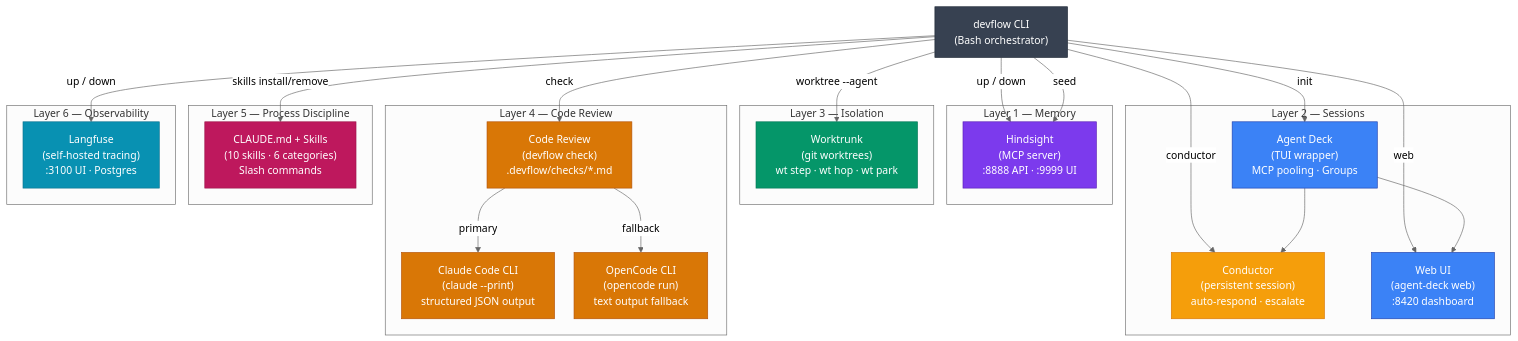
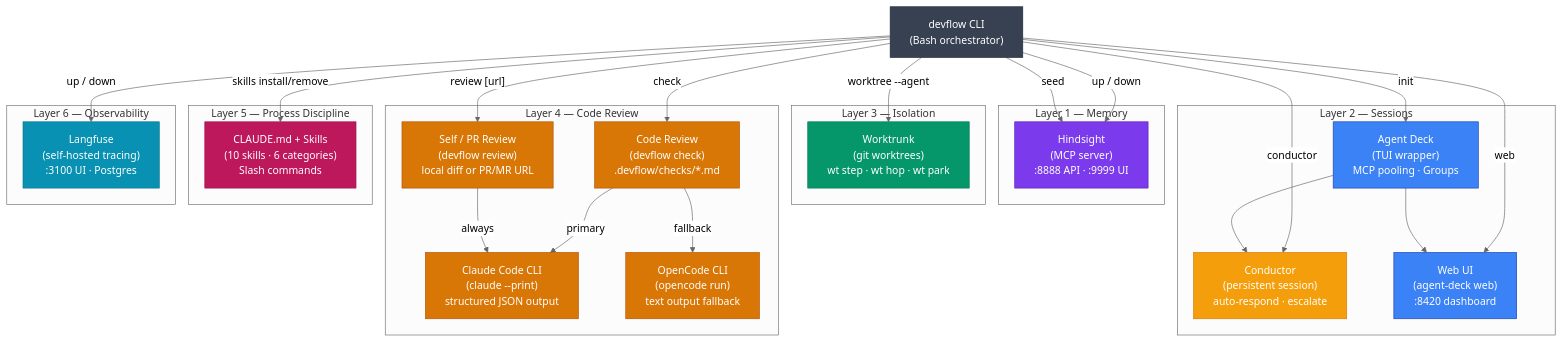
Before and after one commit to AndreJorgeLopes/devflow: the first of 3 diagrams in visualizations/architecture/devflow-ecosystem.md, drawn with Mermaid (neutral theme). The commit also changed other lines of this file and 2 other files, not shown here.

Commit message:
docs: update visualizations for review dual-mode and fix examples
- Add devflow review node to L4 in devflow-ecosystem diagram
- Add new section 3 (dual-mode flow) to code-review-architecture
- Update integration points diagram to include devflow review
- Fix usage examples to show both local and URL review modes

````diff
--- a/visualizations/architecture/devflow-ecosystem.md
+++ b/visualizations/architecture/devflow-ecosystem.md
@@ -27,66 +27,69 @@
 ```mermaid
 %%{init: {'flowchart': {'rankSpacing': 50, 'nodeSpacing': 30, 'diagramPadding': 15}}}%%
 graph TD
     CLI["devflow CLI<br/>(Bash orchestrator)"]
 
     subgraph L1 [" Layer 1 — Memory "]
         HS["Hindsight<br/>(MCP server)<br/>:8888 API · :9999 UI"]
     end
 
     subgraph L2 [" Layer 2 — Sessions "]
         AD["Agent Deck<br/>(TUI wrapper)<br/>MCP pooling · Groups"]
         COND["Conductor<br/>(persistent session)<br/>auto-respond · escalate"]
         WEB["Web UI<br/>(agent-deck web)<br/>:8420 dashboard"]
     end
 
     subgraph L3 [" Layer 3 — Isolation "]
         WT["Worktrunk<br/>(git worktrees)<br/>wt step · wt hop · wt park"]
     end
 
     subgraph L4 [" Layer 4 — Code Review "]
         CR["Code Review<br/>(devflow check)<br/>.devflow/checks/*.md"]
+        RV["Self / PR Review<br/>(devflow review)<br/>local diff or PR/MR URL"]
         CR_CLAUDE["Claude Code CLI<br/>(claude --print)<br/>structured JSON output"]
         CR_OPENCODE["OpenCode CLI<br/>(opencode run)<br/>text output fallback"]
         CR -->|"primary"| CR_CLAUDE
         CR -->|"fallback"| CR_OPENCODE
+        RV -->|"always"| CR_CLAUDE
     end
 
     subgraph L5 [" Layer 5 — Process Discipline "]
         SK["CLAUDE.md + Skills<br/>(10 skills · 6 categories)<br/>Slash commands"]
     end
 
     subgraph L6 [" Layer 6 — Observability "]
         LF["Langfuse<br/>(self-hosted tracing)<br/>:3100 UI · Postgres"]
     end
 
     CLI -->|"up / down"| HS
     CLI -->|"up / down"| LF
     CLI -->|"worktree --agent"| WT
     CLI -->|"check"| CR
+    CLI -->|"review [url]"| RV
     CLI -->|"skills install/remove"| SK
     CLI -->|"seed"| HS
     CLI -->|"init"| AD
     CLI -->|"conductor"| COND
     CLI -->|"web"| WEB
     AD --> COND
     AD --> WEB
 
     classDef hindsightStyle fill:#7c3aed,color:#fff,stroke:#5b21b6
     classDef agentDeckStyle fill:#3b82f6,color:#fff,stroke:#1e40af
     classDef worktrunkStyle fill:#059669,color:#fff,stroke:#047857
     classDef reviewStyle fill:#d97706,color:#fff,stroke:#b45309
     classDef skillsStyle fill:#be185d,color:#fff,stroke:#9d174d
     classDef langfuseStyle fill:#0891b2,color:#fff,stroke:#0e7490
     classDef cliStyle fill:#374151,color:#fff,stroke:#1f2937
     classDef conductorStyle fill:#f59e0b,color:#fff,stroke:#d97706
 
     class HS hindsightStyle
     class AD agentDeckStyle
     class WT worktrunkStyle
-    class CR,CR_CLAUDE,CR_OPENCODE reviewStyle
+    class CR,RV,CR_CLAUDE,CR_OPENCODE reviewStyle
     class SK skillsStyle
     class LF langfuseStyle
     class CLI cliStyle
     class COND conductorStyle
     class WEB agentDeckStyle
 ```
````
